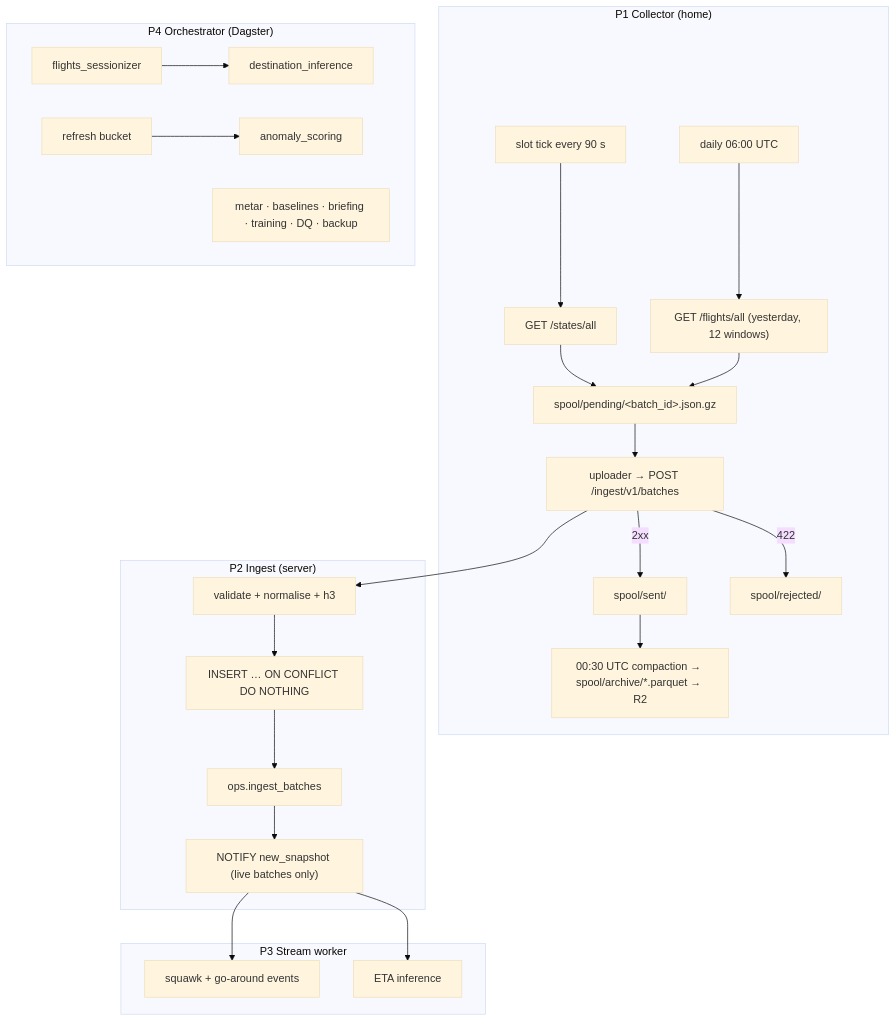
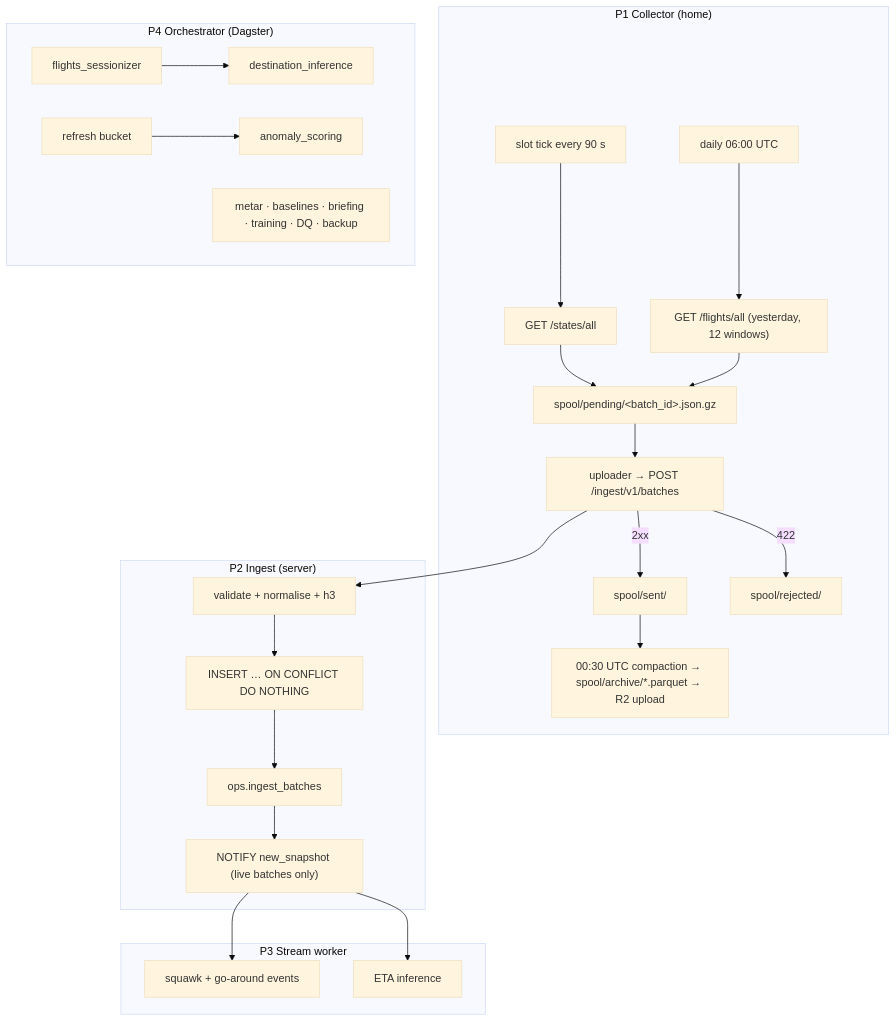
Before and after one commit to airspace-monitor/airspace-live-tracker: the diagram in docs/04-pipelines.md, drawn with Mermaid (base theme). The commit also changed other lines of this file and 7 other files, not shown here.

First line of the commit message:
feat(collector): upload the Parquet archive to R2 and keep 30 days locally (M1.20) (#27)

````diff
--- a/docs/04-pipelines.md
+++ b/docs/04-pipelines.md
@@ -3,27 +3,27 @@
 ```mermaid
 flowchart TB
   subgraph P1["P1 Collector (home)"]
     T["slot tick every 90 s"] --> F["GET /states/all"]
     FL["daily 06:00 UTC"] --> FA["GET /flights/all (yesterday, 12 windows)"]
     F --> W["spool/pending/&lt;batch_id&gt;.json.gz"]
     FA --> W
     W --> U["uploader → POST /ingest/v1/batches"]
     U -->|"2xx"| M["spool/sent/"]
     U -->|"422"| RJ["spool/rejected/"]
-    M --> D["00:30 UTC compaction → spool/archive/*.parquet → R2"]
+    M --> D["00:30 UTC compaction → spool/archive/*.parquet → R2 upload"]
   end
   subgraph P2["P2 Ingest (server)"]
     V["validate + normalise + h3"] --> I["INSERT … ON CONFLICT DO NOTHING"]
     I --> B["ops.ingest_batches"] --> N["NOTIFY new_snapshot (live batches only)"]
   end
   subgraph P3["P3 Stream worker"]
     N --> E["squawk + go-around events"]
     N --> ETA["ETA inference"]
   end
   subgraph P4["P4 Orchestrator (Dagster)"]
     SES["flights_sessionizer"] --> DEST["destination_inference"]
     CAGG["refresh bucket"] --> AN["anomaly_scoring"]
     OTHER["metar · baselines · briefing · training · DQ · backup"]
   end
   U --> V
 ```
````
